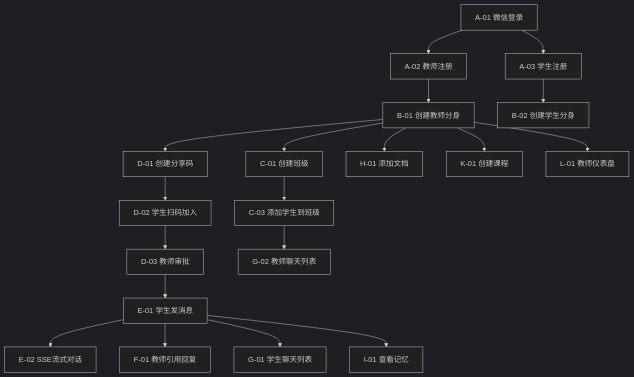
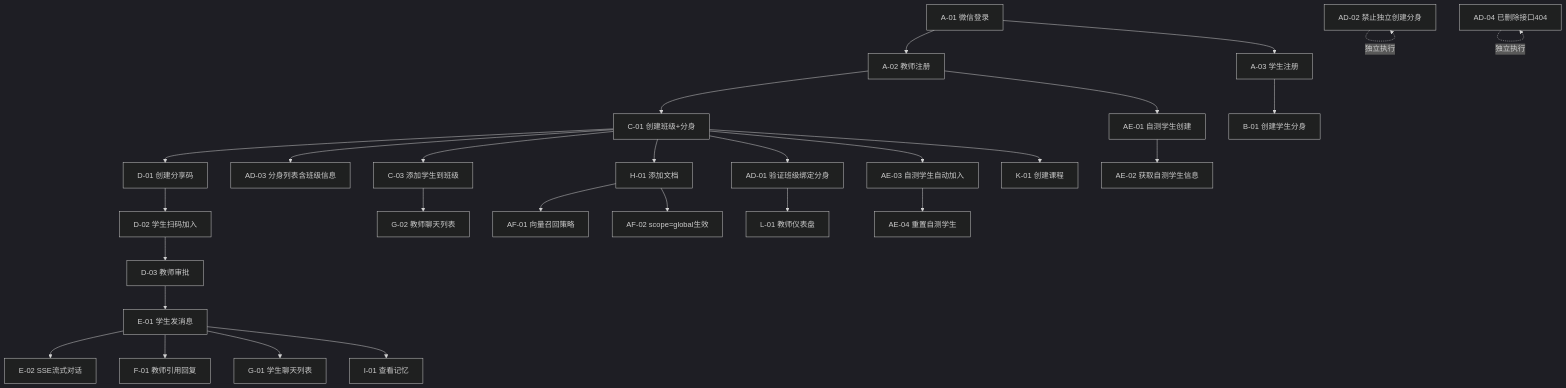
One commit to aganbai/digital-twin changed the diagram in docs/smoke-test-cases.md. Above: the diagram before and after it, drawn with Mermaid (dark theme). The commit also changed other lines of this file and 71 other files, not shown here.

````diff
--- a/docs/smoke-test-cases.md
+++ b/docs/smoke-test-cases.md
@@ -376,21 +431,31 @@
 ```mermaid
 graph TD
     A01[A-01 微信登录] --> A02[A-02 教师注册]
     A01 --> A03[A-03 学生注册]
-    A02 --> B01[B-01 创建教师分身]
-    A03 --> B02[B-02 创建学生分身]
-    B01 --> C01[C-01 创建班级]
-    B01 --> D01[D-01 创建分享码]
+    A02 --> AE01[AE-01 自测学生创建]
+    A02 --> C01[C-01 创建班级+分身]
+    A03 --> B01[B-01 创建学生分身]
+    C01 --> AD01[AD-01 验证班级绑定分身]
+    C01 --> AD03[AD-03 分身列表含班级信息]
+    C01 --> AE03[AE-03 自测学生自动加入]
+    C01 --> D01[D-01 创建分享码]
     D01 --> D02[D-02 学生扫码加入]
     D02 --> D03[D-03 教师审批]
     C01 --> C03[C-03 添加学生到班级]
     D03 --> E01[E-01 学生发消息]
     E01 --> E02[E-02 SSE流式对话]
     E01 --> F01[F-01 教师引用回复]
     E01 --> G01[G-01 学生聊天列表]
     C03 --> G02[G-02 教师聊天列表]
-    B01 --> H01[H-01 添加文档]
+    C01 --> H01[H-01 添加文档]
+    H01 --> AF01[AF-01 向量召回策略]
+    H01 --> AF02[AF-02 scope=global生效]
     E01 --> I01[I-01 查看记忆]
-    B01 --> K01[K-01 创建课程]
-    B01 --> L01[L-01 教师仪表盘]
+    C01 --> K01[K-01 创建课程]
+    AD01 --> L01[L-01 教师仪表盘]
+    AE01 --> AE02[AE-02 获取自测学生信息]
+    AE03 --> AE04[AE-04 重置自测学生]
+
+    AD02[AD-02 禁止独立创建分身] -.独立执行.-> AD02
+    AD04[AD-04 已删除接口404] -.独立执行.-> AD04
 ```
````
